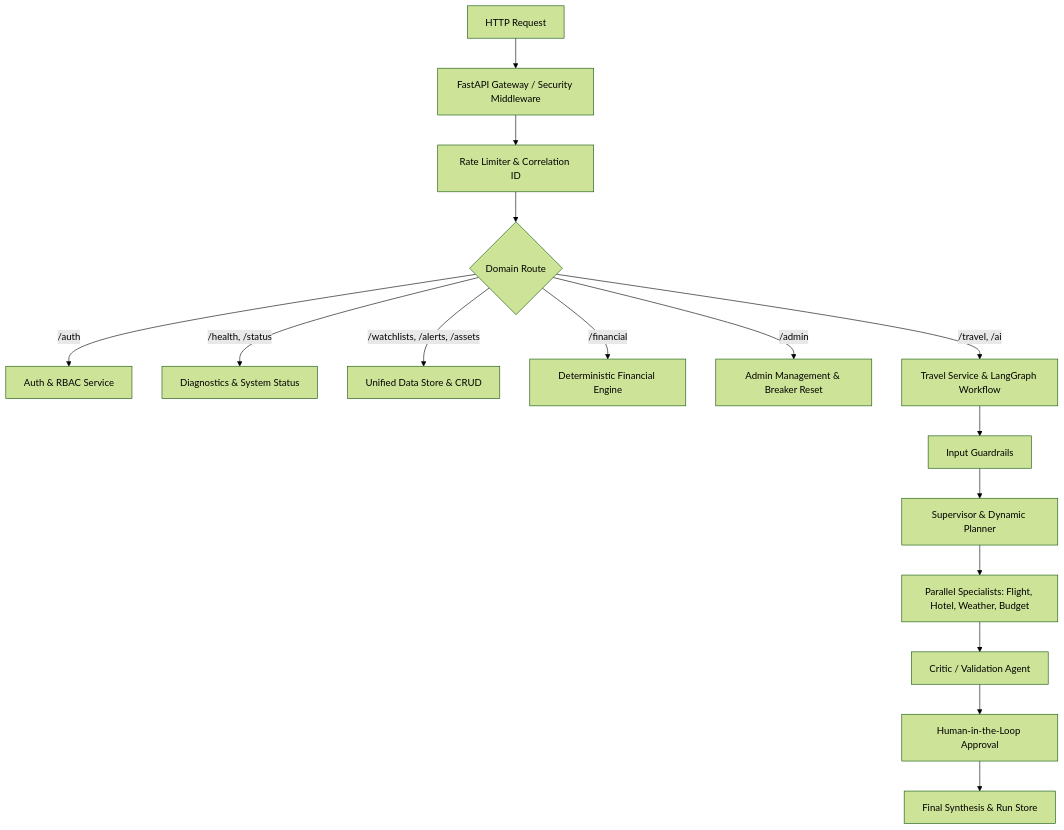
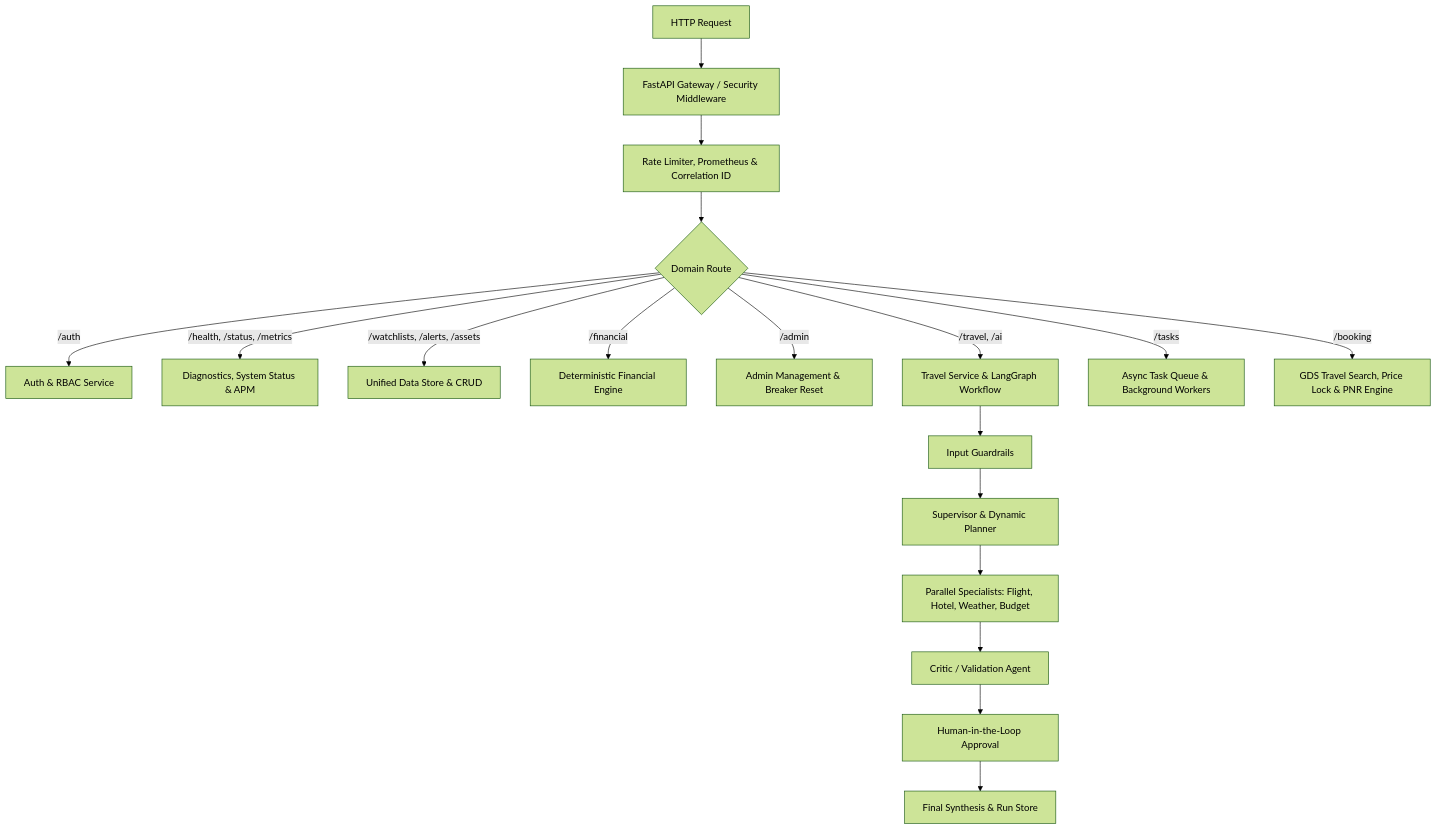
The diagram in README.md (backendwithvishal/Multi_AI_Agent), drawn with Mermaid (forest theme) before and after one commit. The commit also changed other lines of this file and 19 other files, not shown here.

Commit message:
complete platform roadmap with Alembic, Prometheus metrics, Task Queue, and GDS booking

````diff
--- a/README.md
+++ b/README.md
@@ -38,20 +41,22 @@
 ```mermaid
 flowchart TD
     A[HTTP Request] --> B[FastAPI Gateway / Security Middleware]
-    B --> C[Rate Limiter & Correlation ID]
+    B --> C[Rate Limiter, Prometheus & Correlation ID]
     C --> D{Domain Route}
 
     D -->|/auth| E[Auth & RBAC Service]
-    D -->|/health, /status| F[Diagnostics & System Status]
+    D -->|/health, /status, /metrics| F[Diagnostics, System Status & APM]
     D -->|/watchlists, /alerts, /assets| G[Unified Data Store & CRUD]
     D -->|/financial| H[Deterministic Financial Engine]
     D -->|/admin| I[Admin Management & Breaker Reset]
     D -->|/travel, /ai| J[Travel Service & LangGraph Workflow]
+    D -->|/tasks| K[Async Task Queue & Background Workers]
+    D -->|/booking| L[GDS Travel Search, Price Lock & PNR Engine]
 
-    J --> K[Input Guardrails]
-    K --> L[Supervisor & Dynamic Planner]
-    L --> M[Parallel Specialists: Flight, Hotel, Weather, Budget]
-    M --> N[Critic / Validation Agent]
-    N --> O[Human-in-the-Loop Approval]
-    O --> P[Final Synthesis & Run Store]
+    J --> M[Input Guardrails]
+    M --> N[Supervisor & Dynamic Planner]
+    N --> O[Parallel Specialists: Flight, Hotel, Weather, Budget]
+    O --> P[Critic / Validation Agent]
+    P --> Q[Human-in-the-Loop Approval]
+    Q --> R[Final Synthesis & Run Store]
 ```
````
